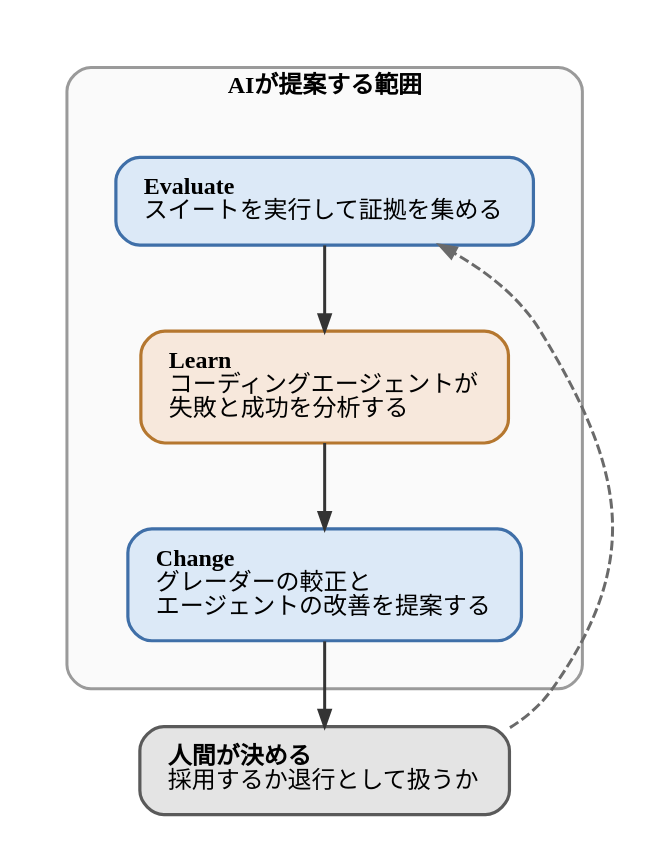
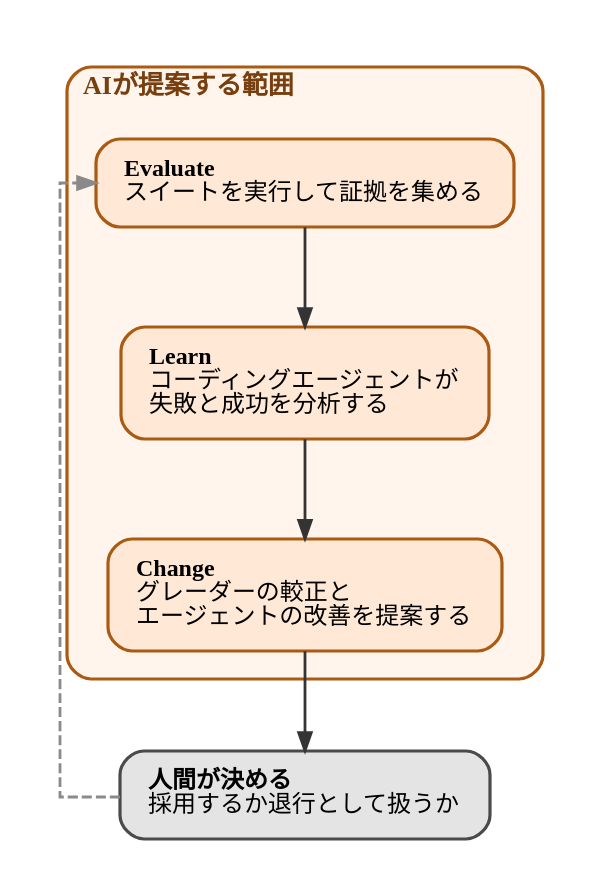
One commit to ymotongpoo/zenn.dev changed the diagram in diagrams/20260929-agent-eval-loop/20260929-eval-loop.dot. Above: the diagram before and after it, drawn with Graphviz. The commit also changed 1 other file, not shown here.

Commit message:
fix(diagrams): 図3をsplines=orthoとブランド配色の規範に合わせる
splines=ortho の指定漏れで矢印が曲線になっていた（他5枚は指定済み）。
あわせて規範から外れていた点を修正:
- 色を独自色(#DCE9F7/#F7E8DC)からブランドパレットへ。周回の3段は主系列
  Orange(#FFE9D6/#AB5A13)、人間の判断は中立 Neutral(#E4E4E4/#4A4A4A)
- クラスタを labeljust="l"、penwidth=1.6、margin=14、グループ枠背景 #FFF5ED、
  タイトル文字 #783F0E に
- edge を penwidth=1.4、arrowsize=0.9、fontcolor=#171717 に
- ranksep を 0.6 → 0.7（共通設定の値）
- 破線の戻りを従属経路の色 #8A8A8A に

check_gaps.py の警告1件は周回のループバックで意図的なもの（規範の
「ループバックなど意図して長い線は誤検知」に該当）。目視で角丸を確認済み。

```diff
--- a/diagrams/20260929-agent-eval-loop/20260929-eval-loop.dot
+++ b/diagrams/20260929-agent-eval-loop/20260929-eval-loop.dot
@@ -1,62 +1,63 @@
 // 記事「オブザーバビリティのAIエージェントをどう評価するか」用。
 // Evaluate / Learn / Change の3段と、人間が決める位置を示す。
 //
 // 出典: Yasir Ekinci「Building an evaluation loop for Grafana Assistant」
 // "It is a practical loop where AI proposes, benchmarks verify, and humans decide."
 //
+// 色はブランドパレットに従う。周回の3段は主系列（Orange）、人間の判断は中立（Neutral）。
 // 規範: クラスタをまたぐ辺にラベルを付けない（枠線を跨ぐため）。
 // 各段の具体的な作業内容は本文に置き、図はノード名＋1〜2行に留める。
 digraph eval_loop {
   graph [
     fontname="IBM Plex Sans JP", fontsize=13,
     rankdir=TB,
-    compound=true,
-    nodesep=0.45, ranksep=0.6, pad=0.25,
+    compound=true, splines=ortho,
+    nodesep=0.45, ranksep=0.7, pad=0.25,
     bgcolor="white", newrank=true
   ];
   node [
     fontname="IBM Plex Sans JP", fontsize=12,
     shape=box, style="rounded,filled",
     fillcolor="#F1F1F1", color="#4A4A4A", penwidth=1.6,
     margin="0.2,0.14"
   ];
   edge [
     fontname="IBM Plex Sans JP", fontsize=11,
-    color="#343434", penwidth=1.5, arrowsize=0.8
+    color="#343434", penwidth=1.4, arrowsize=0.9,
+    fontcolor="#171717"
   ];
 
   subgraph cluster_auto {
     graph [
       label=<<b>AIが提案する範囲</b>>,
-      labelloc="t", fontsize=12,
-      style="rounded", color="#9A9A9A", penwidth=1.5,
-      margin=24, bgcolor="#FAFAFA"
+      labeljust="l",
+      style="rounded", color="#AB5A13", penwidth=1.6,
+      margin=14, bgcolor="#FFF5ED",
+      fontcolor="#783F0E"
     ];
 
     evaluate [
       label=<<b>Evaluate</b><br align="left"/>スイートを実行して証拠を集める<br align="left"/>>,
-      fillcolor="#DCE9F7", color="#3F6FA8"
+      fillcolor="#FFE9D6", color="#AB5A13"
     ];
     learn [
       label=<<b>Learn</b><br align="left"/>コーディングエージェントが<br align="left"/>失敗と成功を分析する<br align="left"/>>,
-      fillcolor="#F7E8DC", color="#B5772F"
+      fillcolor="#FFE9D6", color="#AB5A13"
     ];
     change [
       label=<<b>Change</b><br align="left"/>グレーダーの較正と<br align="left"/>エージェントの改善を提案する<br align="left"/>>,
-      fillcolor="#DCE9F7", color="#3F6FA8"
+      fillcolor="#FFE9D6", color="#AB5A13"
     ];
 
     evaluate -> learn;
     learn -> change;
   }
 
   human [
     label=<<b>人間が決める</b><br align="left"/>採用するか退行として扱うか<br align="left"/>>,
-    fillcolor="#E4E4E4", color="#5A5A5A"
+    fillcolor="#E4E4E4", color="#4A4A4A"
   ];
 
-  change -> human [minlen=1];
-  human -> evaluate [
-    style=dashed, color="#6A6A6A", constraint=false
-  ];
+  change -> human;
+  human -> evaluate [style=dashed, color="#8A8A8A", constraint=false];
 }
```
